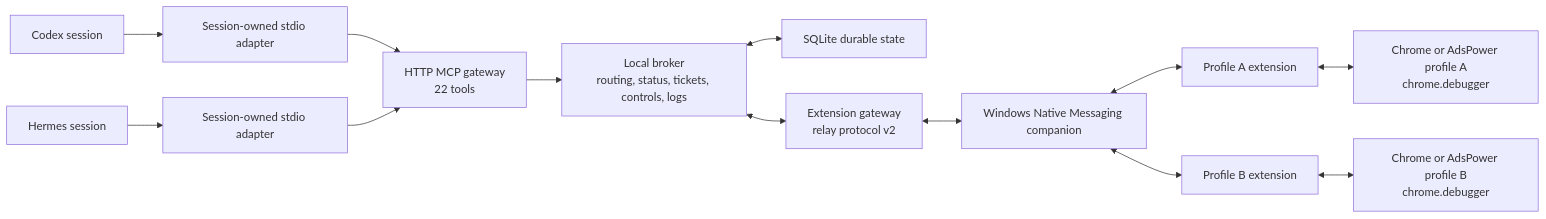
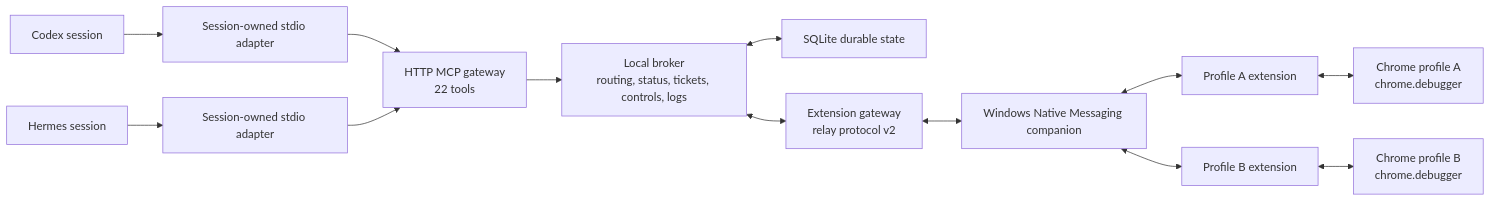
Before and after one commit to ohmyskyhigh/tabro: the diagram in README.md, drawn with Mermaid. The commit also changed other lines of this file and 1 other file, not shown here.

Commit message:
docs: describe Tabro as standalone Chrome automation

````diff
--- a/README.md
+++ b/README.md
@@ -69,15 +69,15 @@
 ```mermaid
 flowchart LR
   C["Codex session"] --> A1["Session-owned stdio adapter"]
   H["Hermes session"] --> A2["Session-owned stdio adapter"]
   A1 --> M["HTTP MCP gateway\n22 tools"]
   A2 --> M
   M --> B["Local broker\nrouting, status, tickets, controls, logs"]
   B <--> D["SQLite durable state"]
   B <--> G["Extension gateway\nrelay protocol v2"]
   G <--> N["Windows Native Messaging companion"]
   N <--> E1["Profile A extension"]
   N <--> E2["Profile B extension"]
-  E1 <--> P1["Chrome or AdsPower profile A\nchrome.debugger"]
-  E2 <--> P2["Chrome or AdsPower profile B\nchrome.debugger"]
+  E1 <--> P1["Chrome profile A\nchrome.debugger"]
+  E2 <--> P2["Chrome profile B\nchrome.debugger"]
 ```
````
